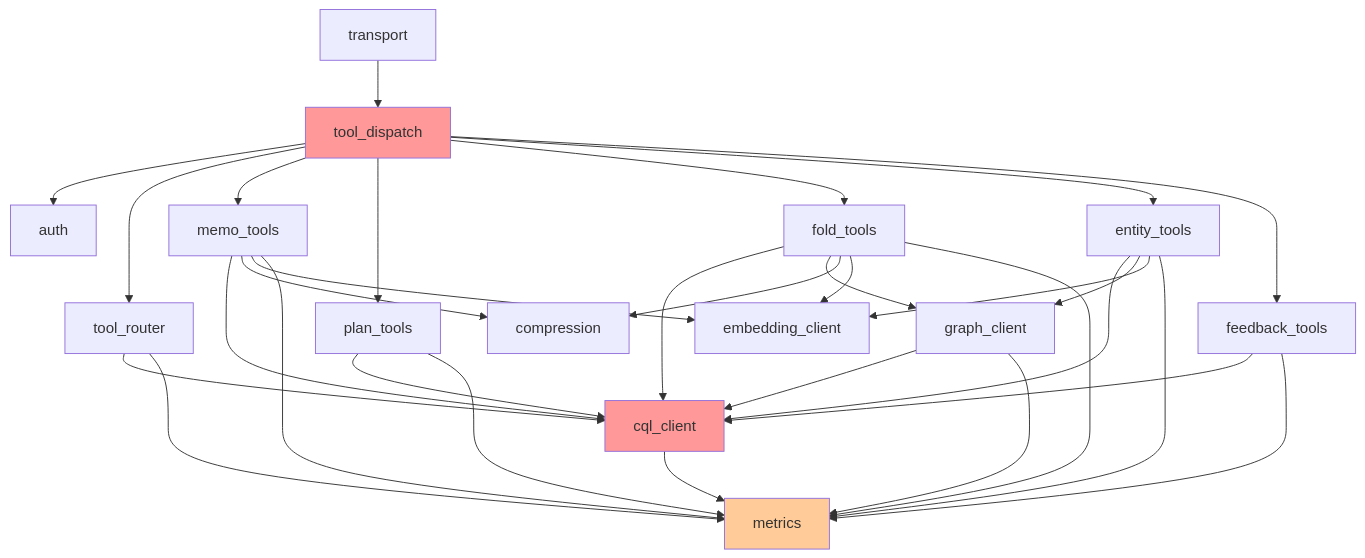
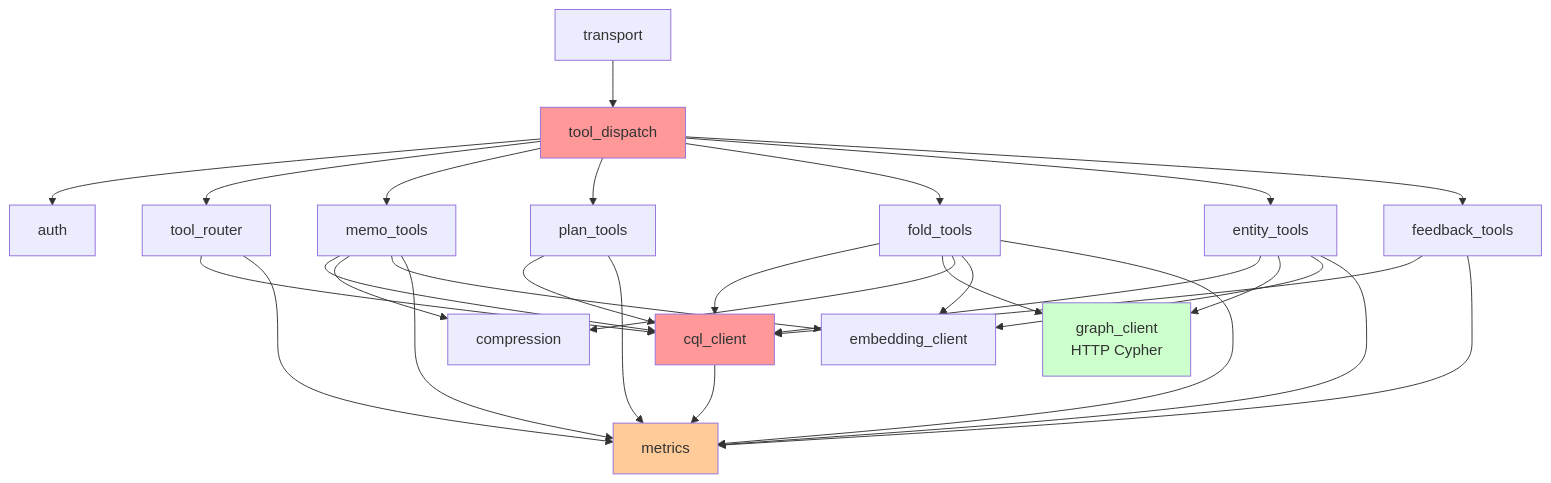
One commit to ferrosadb/ferrosa-memory changed the diagram in specs/dsm-analysis.md. Above: the diagram before and after it, drawn with Mermaid. The commit also changed other lines of this file and 7 other files, not shown here.

````diff
--- a/specs/dsm-analysis.md
+++ b/specs/dsm-analysis.md
@@ -48,44 +53,43 @@
 ```mermaid
 graph TD
     M1[transport] --> M2[tool_dispatch]
     M2 --> M3[auth]
     M2 --> M4[tool_router]
     M2 --> M5[memo_tools]
     M2 --> M6[plan_tools]
     M2 --> M7[fold_tools]
     M2 --> M8[entity_tools]
     M2 --> M9[feedback_tools]
 
     M4 --> M10[cql_client]
     M4 --> M14[metrics]
 
     M5 --> M10
     M5 --> M12[compression]
     M5 --> M13[embedding_client]
     M5 --> M14
 
     M6 --> M10
     M6 --> M14
 
     M7 --> M10
-    M7 --> M11[graph_client]
+    M7 --> M11[graph_client<br/>HTTP Cypher]
     M7 --> M12
     M7 --> M13
     M7 --> M14
 
     M8 --> M10
     M8 --> M11
     M8 --> M13
     M8 --> M14
 
     M9 --> M10
     M9 --> M14
 
     M10 --> M14
-    M11 --> M10
-    M11 --> M14
 
     style M10 fill:#ff9999
     style M14 fill:#ffcc99
     style M2 fill:#ff9999
+    style M11 fill:#ccffcc
 ```
````
